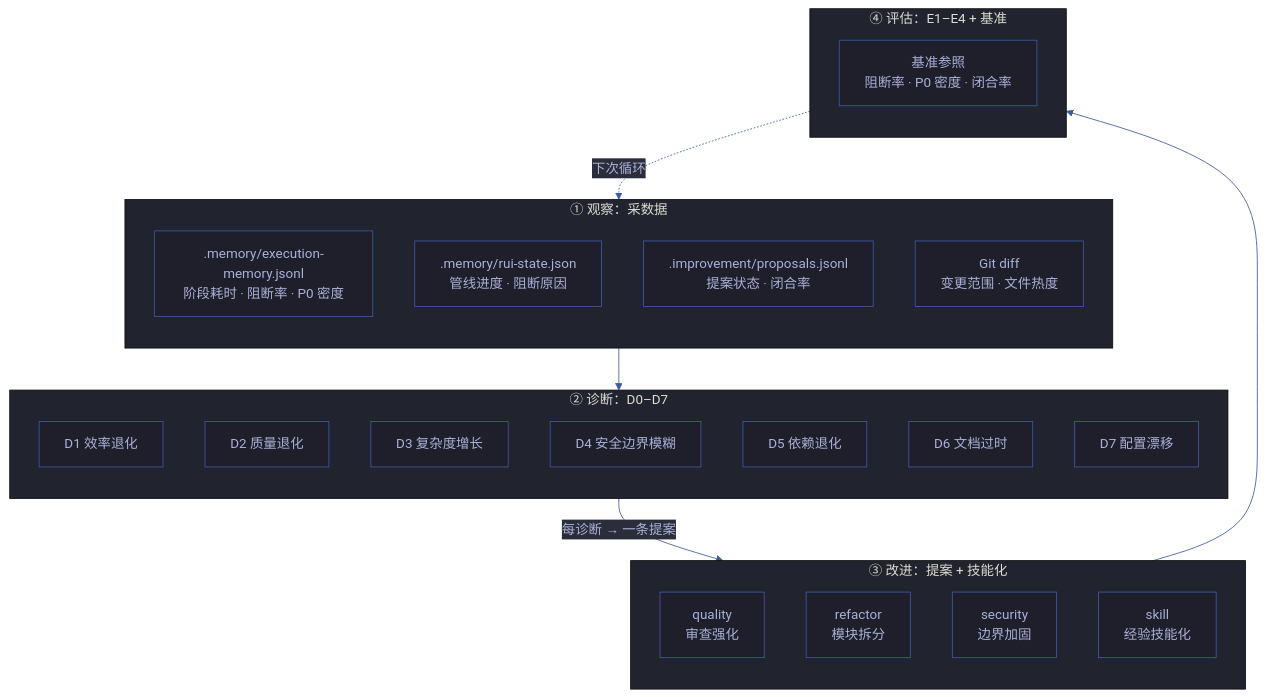
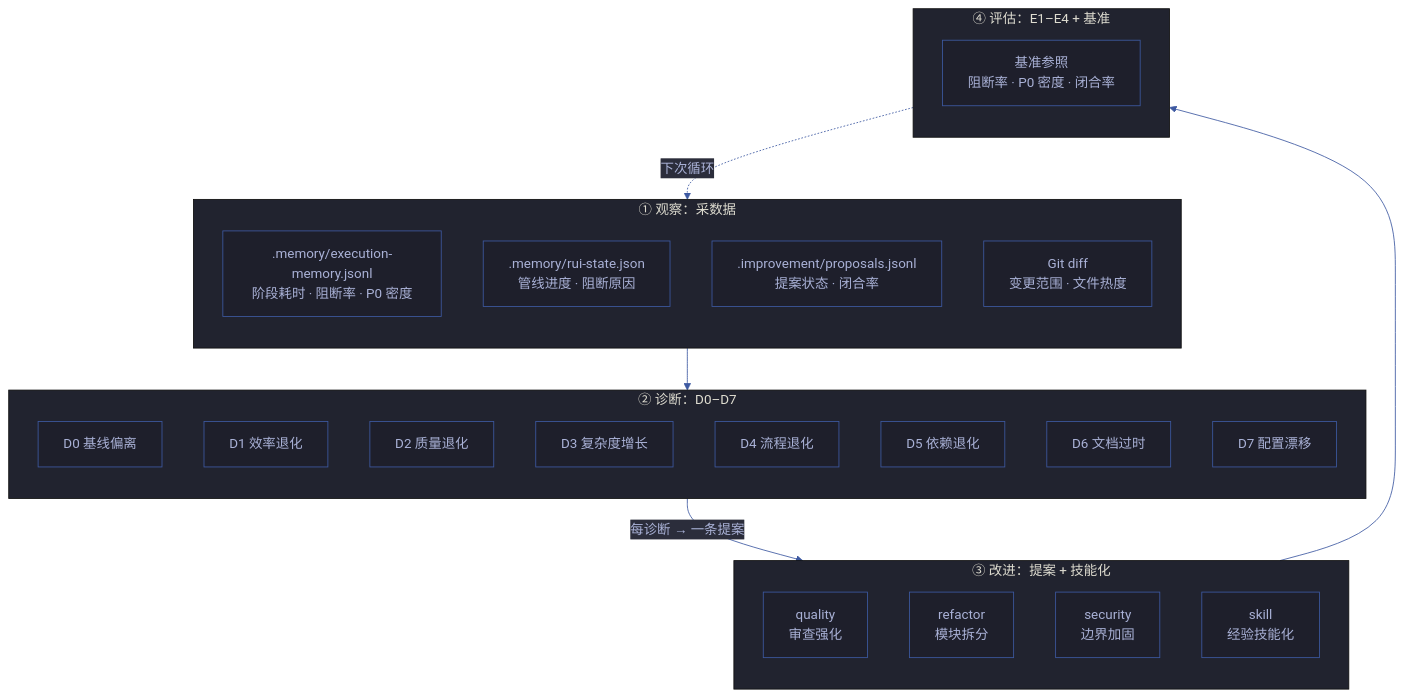
Before and after one commit to effiy/YrY: the first of 6 diagrams in agents/self-improve.md, drawn with Mermaid. The commit also changed other lines of this file and 99 other files, not shown here.

````diff
--- a/agents/self-improve.md
+++ b/agents/self-improve.md
@@ -17,49 +17,50 @@
 ```mermaid
 %%{init: {'theme': 'base', 'themeVariables': {
   'primaryColor': '#1e1f2b',
   'primaryTextColor': '#a9b1d6',
   'primaryBorderColor': '#3d59a1',
   'lineColor': '#3d59a1',
   'secondaryColor': '#2b2d3b',
   'tertiaryColor': '#21232f'
 }}}%%
 flowchart TB
     subgraph 观察["① 观察：采数据"]
         direction TB
         EXEC[".memory/execution-memory.jsonl<br/>阶段耗时 · 阻断率 · P0 密度"]:::data
         STATE[".memory/rui-state.json<br/>管线进度 · 阻断原因"]:::data
         PROP[".improvement/proposals.jsonl<br/>提案状态 · 闭合率"]:::data
         GIT["Git diff<br/>变更范围 · 文件热度"]:::data
     end
 
     subgraph 诊断["② 诊断：D0–D7"]
         direction TB
+        D0["D0 基线偏离"]:::diag
         D1["D1 效率退化"]:::diag
         D2["D2 质量退化"]:::diag
         D3["D3 复杂度增长"]:::diag
-        D4["D4 安全边界模糊"]:::diag
+        D4["D4 流程退化"]:::diag
         D5["D5 依赖退化"]:::diag
         D6["D6 文档过时"]:::diag
         D7["D7 配置漂移"]:::diag
     end
 
     subgraph 改进["③ 改进：提案 + 技能化"]
         direction TB
         QLT["quality<br/>审查强化"]:::prop
         REF["refactor<br/>模块拆分"]:::prop
         SEC["security<br/>边界加固"]:::prop
         SKL["skill<br/>经验技能化"]:::prop
     end
 
     subgraph 评估["④ 评估：E1–E4 + 基准"]
         direction TB
         BENCH["基准参照<br/>阻断率 · P0 密度 · 闭合率"]:::eval
     end
 
     观察 --> 诊断
     诊断 -->|"每诊断 → 一条提案"| 改进
     改进 --> 评估
     评估 -.->|"下次循环"| 观察
 
 
 ```
````
